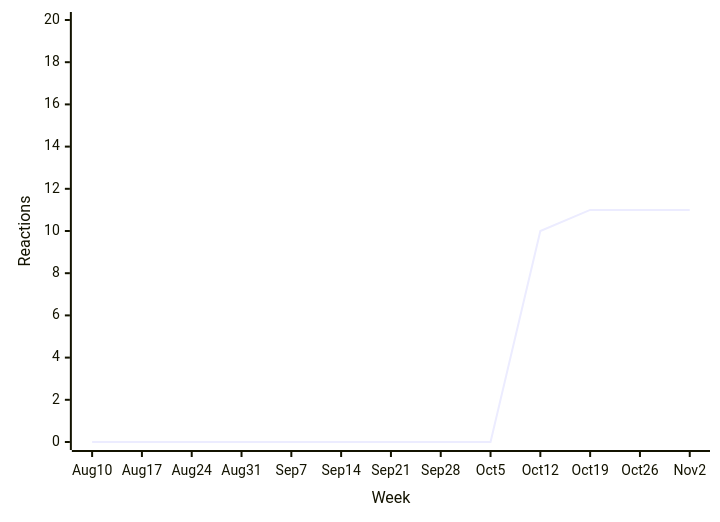
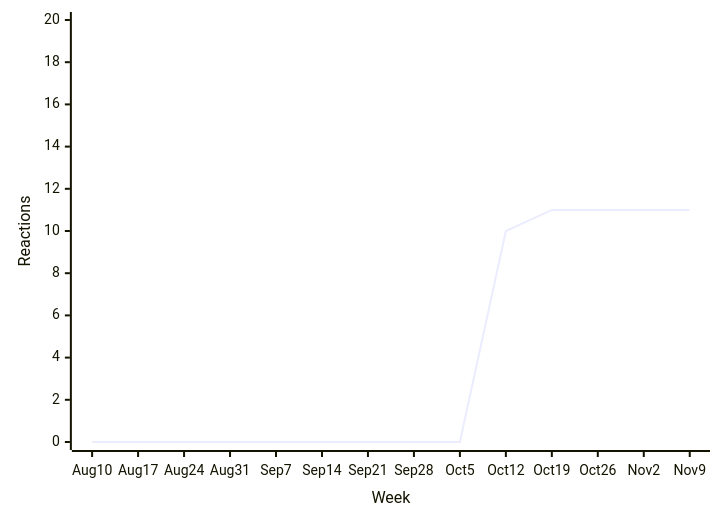
Diagram 15 of 38 in README.md (loic-sharma/github-insights), drawn with Mermaid before and after one commit. The commit also changed other lines of this file and 3 other files, not shown here.

````diff
--- a/README.md
+++ b/README.md
@@ -596,6 +562,6 @@
   ```mermaid
   xychart-beta
-    x-axis "Week" [Aug 10, Aug 17, Aug 24, Aug 31, Sep 7, Sep 14, Sep 21, Sep 28, Oct 5, Oct 12, Oct 19, Oct 26, Nov 2]
+    x-axis "Week" [Aug 10, Aug 17, Aug 24, Aug 31, Sep 7, Sep 14, Sep 21, Sep 28, Oct 5, Oct 12, Oct 19, Oct 26, Nov 2, Nov 9]
     y-axis "Reactions" 0 --> 20
-    line [0, 0, 0, 0, 0, 0, 0, 0, 0, 10, 11, 11, 11]
+    line [0, 0, 0, 0, 0, 0, 0, 0, 0, 10, 11, 11, 11, 11]
   ```
````
